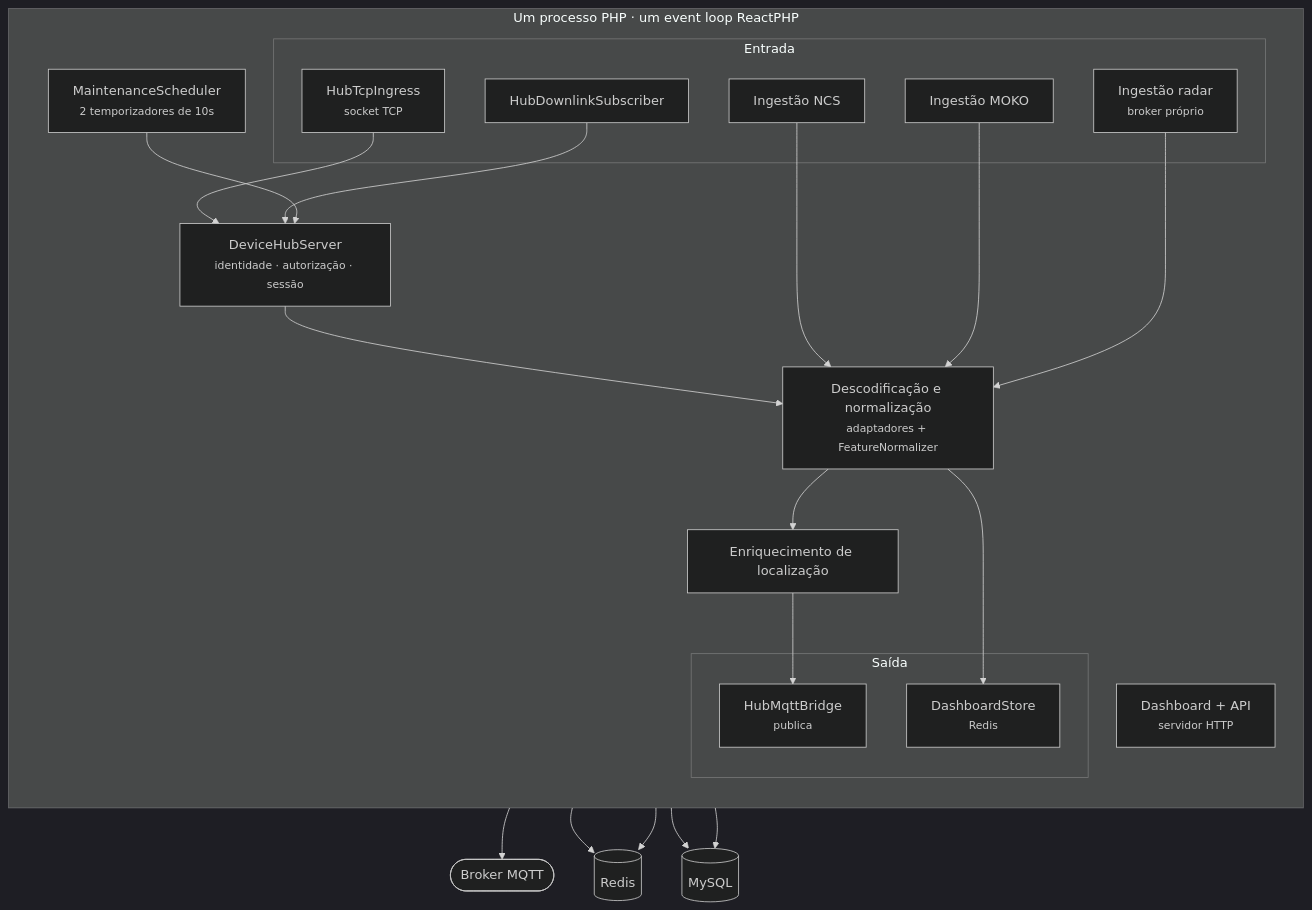
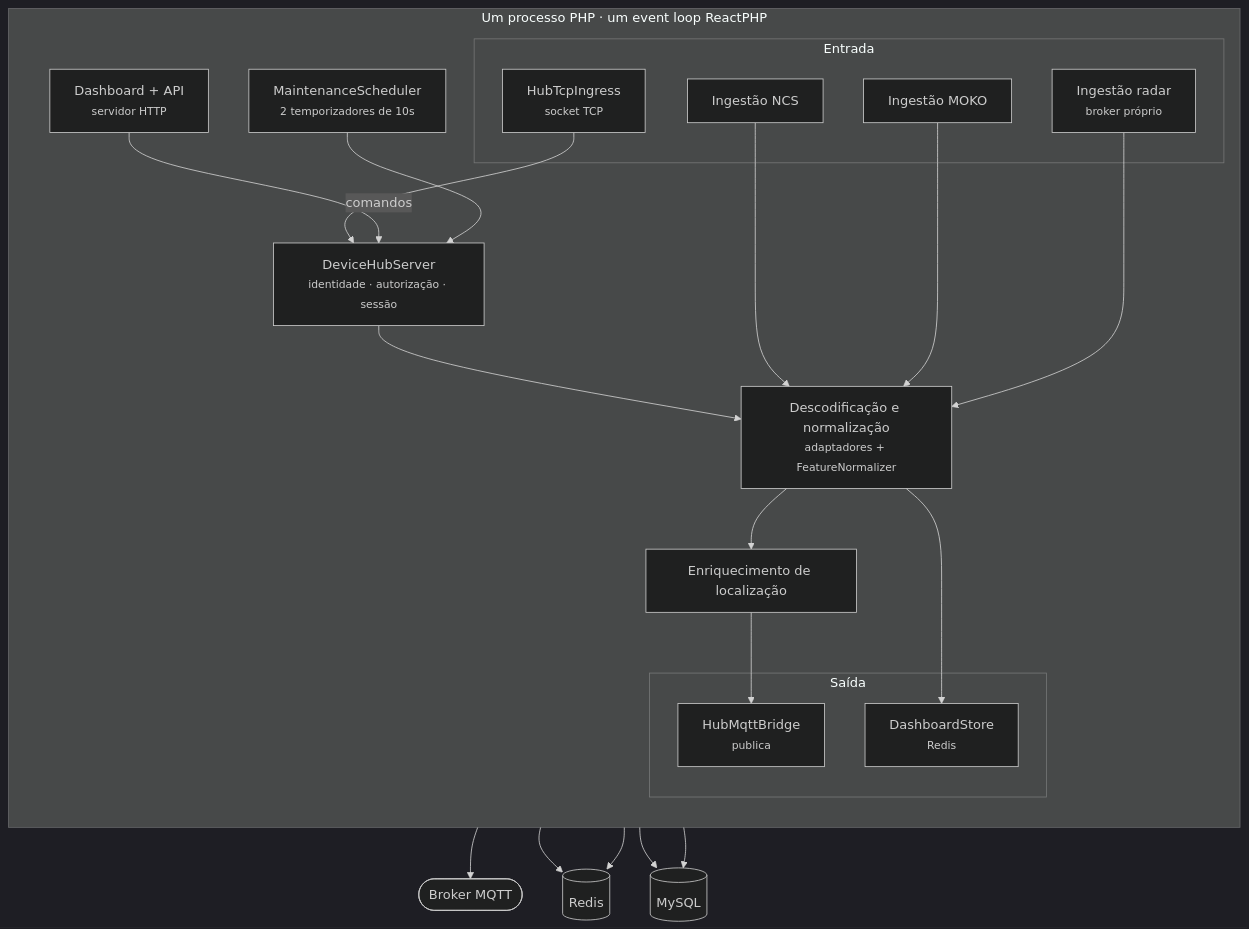
Before and after one commit to hvieira512/havicare-hub: the first of 2 diagrams in docs/01-visao-geral.md, drawn with Mermaid (dark theme). The commit also changed other lines of this file and 11 other files, not shown here.

````diff
--- a/docs/01-visao-geral.md
+++ b/docs/01-visao-geral.md
@@ -16,45 +16,44 @@
 ```mermaid
 flowchart TB
   subgraph proc["Um processo PHP · um event loop ReactPHP"]
     direction TB
 
     subgraph entra["Entrada"]
       TCP["HubTcpIngress<br/><small>socket TCP</small>"]
       NCS["Ingestão NCS"]
       MOKO["Ingestão MOKO"]
       RAD["Ingestão radar<br/><small>broker próprio</small>"]
-      DOWN["HubDownlinkSubscriber"]
     end
 
     CORE["DeviceHubServer<br/><small>identidade · autorização · sessão</small>"]
     NORM["Descodificação e normalização<br/><small>adaptadores + FeatureNormalizer</small>"]
     LOC["Enriquecimento de localização"]
 
     subgraph sai["Saída"]
       MQTT["HubMqttBridge<br/><small>publica</small>"]
       DASH["DashboardStore<br/><small>Redis</small>"]
     end
 
     HTTP["Dashboard + API<br/><small>servidor HTTP</small>"]
     MAINT["MaintenanceScheduler<br/><small>2 temporizadores de 10s</small>"]
   end
 
   DB[("MySQL")]
   RDS[("Redis")]
   BRK(["Broker MQTT"])
 
   TCP --> CORE
-  DOWN --> CORE
+  HTTP -->|comandos| CORE
   CORE --> NORM
   NCS --> NORM
   MOKO --> NORM
   RAD --> NORM
   NORM --> LOC --> MQTT
   NORM --> DASH
   MQTT --> BRK
   DASH --> RDS
   HTTP --> DB
   HTTP --> RDS
   CORE --> DB
   MAINT --> CORE
 ```
````
